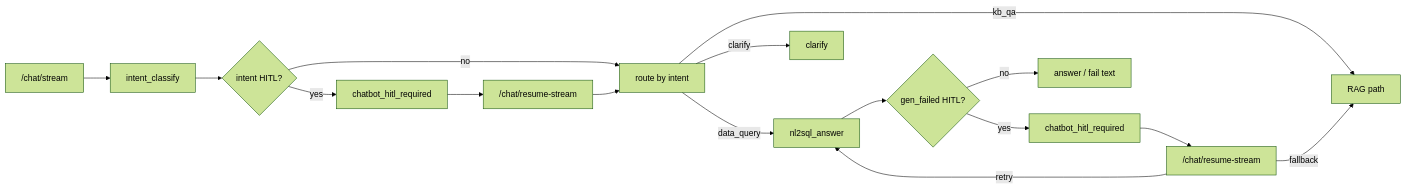
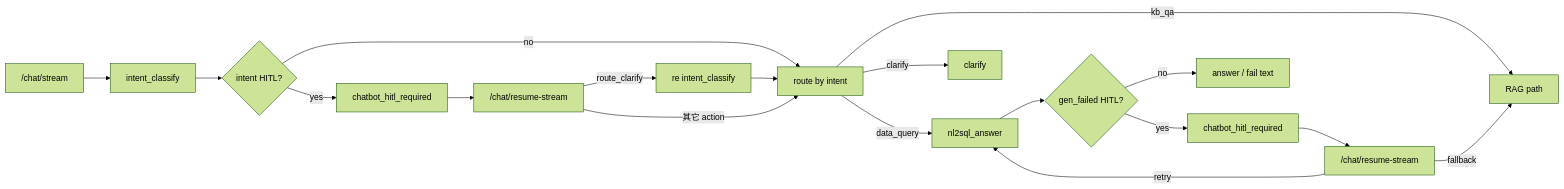
One commit to gaocf888/models_app_framework changed the third of 3 diagrams in enterprise-level_transformation_docs/企业级智能客服 LangGraph 框架实现方案.md. Above: the diagram before and after it, drawn with Mermaid (forest theme). The commit also changed other lines of this file and 8 other files, not shown here.

````diff
--- a/enterprise-level_transformation_docs/企业级智能客服 LangGraph 框架实现方案.md
+++ b/enterprise-level_transformation_docs/企业级智能客服 LangGraph 框架实现方案.md
@@ -790,18 +790,20 @@
 ```mermaid
 flowchart LR
     Stream["/chat/stream"] --> Intent["intent_classify"]
     Intent --> IH{"intent HITL?"}
     IH -->|yes| Pause1["chatbot_hitl_required"]
     IH -->|no| Route["route by intent"]
     Pause1 --> Resume["/chat/resume-stream"]
-    Resume --> Route
+    Resume -->|route_clarify| ReIntent["re intent_classify"]
+    ReIntent --> Route
+    Resume -->|其它 action| Route
     Route -->|data_query| SQL["nl2sql_answer"]
     Route -->|kb_qa| RAG["RAG path"]
     Route -->|clarify| CL["clarify"]
     SQL --> NH{"gen_failed HITL?"}
     NH -->|yes| Pause2["chatbot_hitl_required"]
     NH -->|no| Done["answer / fail text"]
     Pause2 --> Resume2["/chat/resume-stream"]
     Resume2 -->|retry| SQL
     Resume2 -->|fallback| RAG
 ```
````
